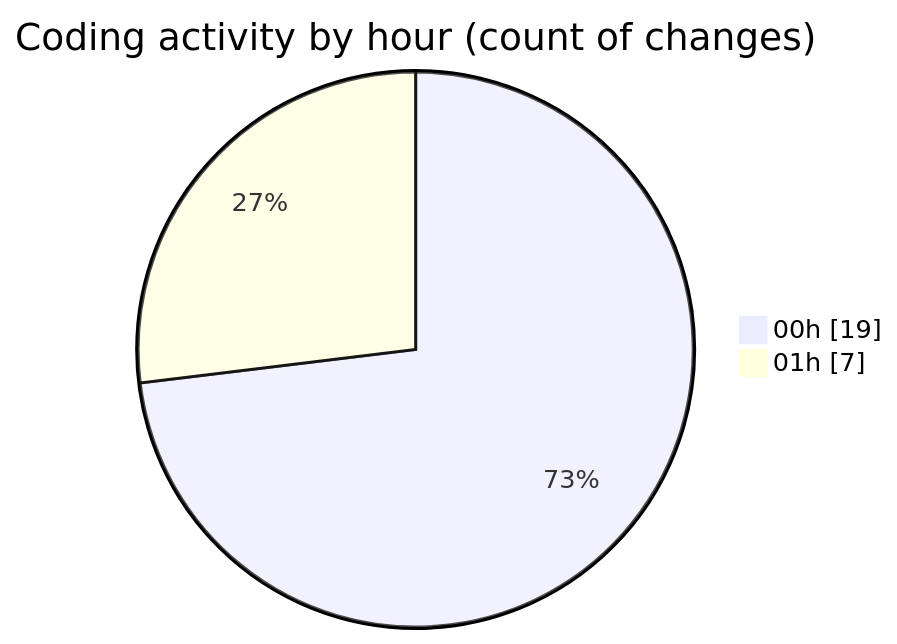
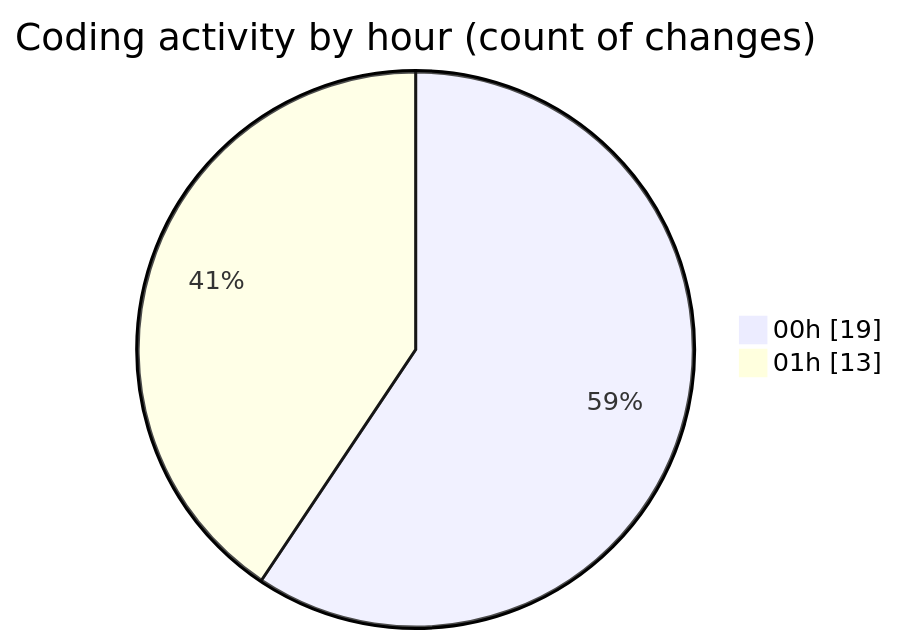
Before and after one commit to momahboobian/code-tracking: the second of 2 diagrams in 2025-02-23/pdf-analysis-app/README.md, drawn with Mermaid. The commit also changed other lines of this file and 1 other file, not shown here.

````diff
--- a/2025-02-23/pdf-analysis-app/README.md
+++ b/2025-02-23/pdf-analysis-app/README.md
@@ -38,6 +38,6 @@
 ```mermaid
 pie showData
 title Coding activity by hour (count of changes)
 "00h" : 19
-"01h" : 7
+"01h" : 13
 ```
````
